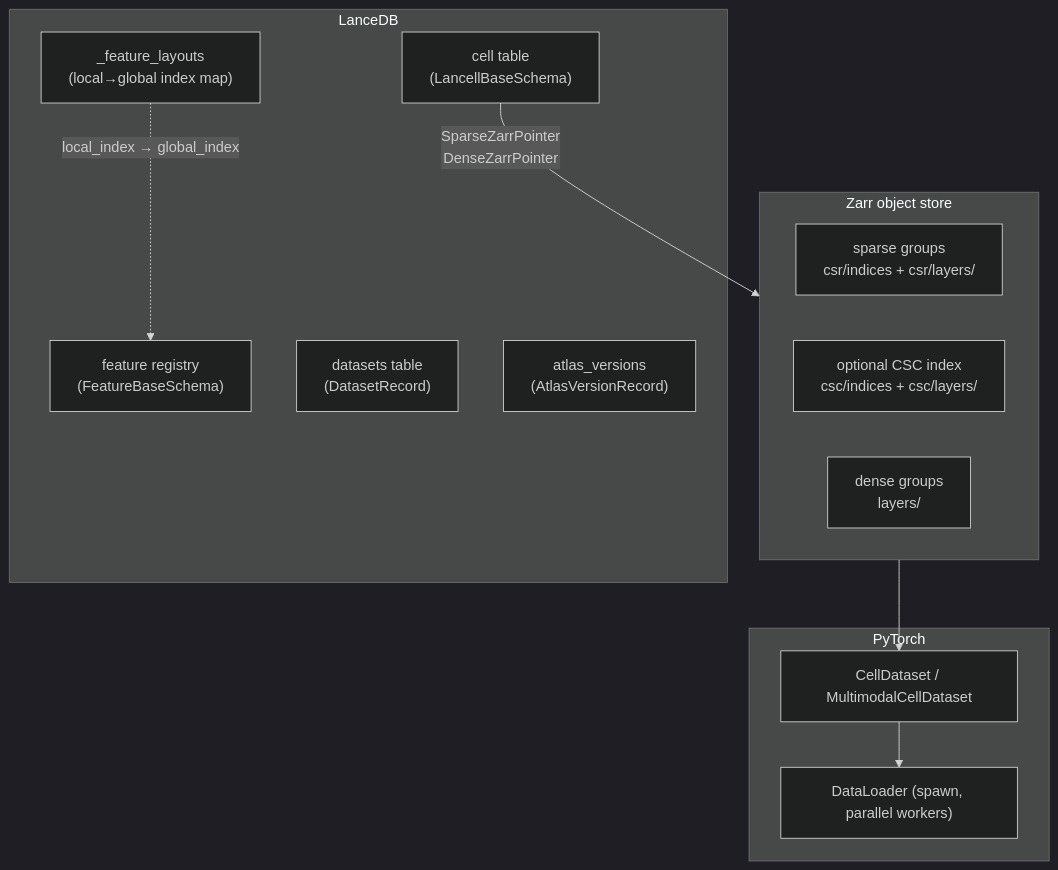
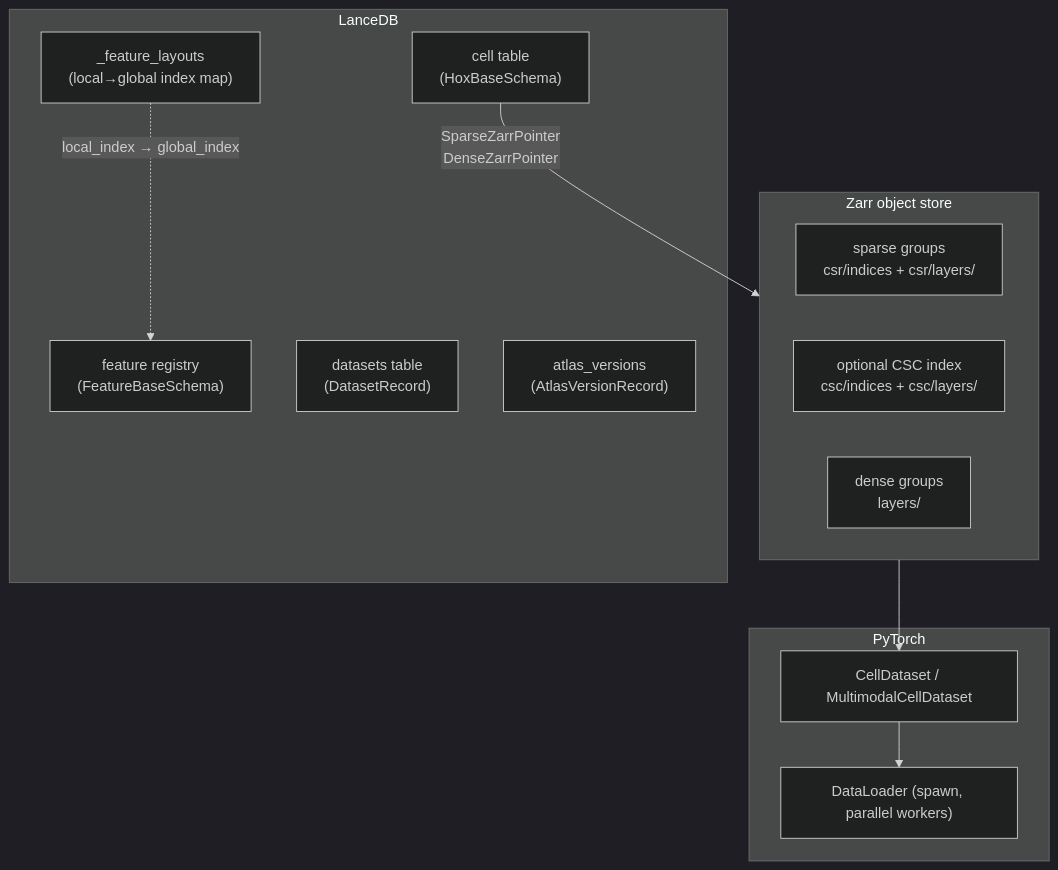
One commit to epiblastai/homeobox changed the diagram in docs/index.md. Above: the diagram before and after it, drawn with Mermaid (dark theme). The commit also changed other lines of this file and 169 other files, not shown here.

First line of the commit message:
Rename lancell to homeobox (import homeobox as hox)

````diff
--- a/docs/index.md
+++ b/docs/index.md
@@ -60,26 +60,26 @@
 ```mermaid
 graph TD
     subgraph LanceDB
-        cells["cell table\n(LancellBaseSchema)"]
+        cells["cell table\n(HoxBaseSchema)"]
         registry["feature registry\n(FeatureBaseSchema)"]
         layouts["_feature_layouts\n(local→global index map)"]
         datasets["datasets table\n(DatasetRecord)"]
         versions["atlas_versions\n(AtlasVersionRecord)"]
     end
 
     subgraph Zarr["Zarr object store"]
         csr["sparse groups\ncsr/indices + csr/layers/"]
         csc["optional CSC index\ncsc/indices + csc/layers/"]
         dense["dense groups\nlayers/"]
     end
 
     subgraph PyTorch
         ds["CellDataset / MultimodalCellDataset"]
         loader["DataLoader (spawn, parallel workers)"]
     end
 
     cells -- "SparseZarrPointer\nDenseZarrPointer" --> Zarr
     layouts -. "local_index → global_index" .-> registry
     Zarr --> ds
     ds --> loader
 ```
````
